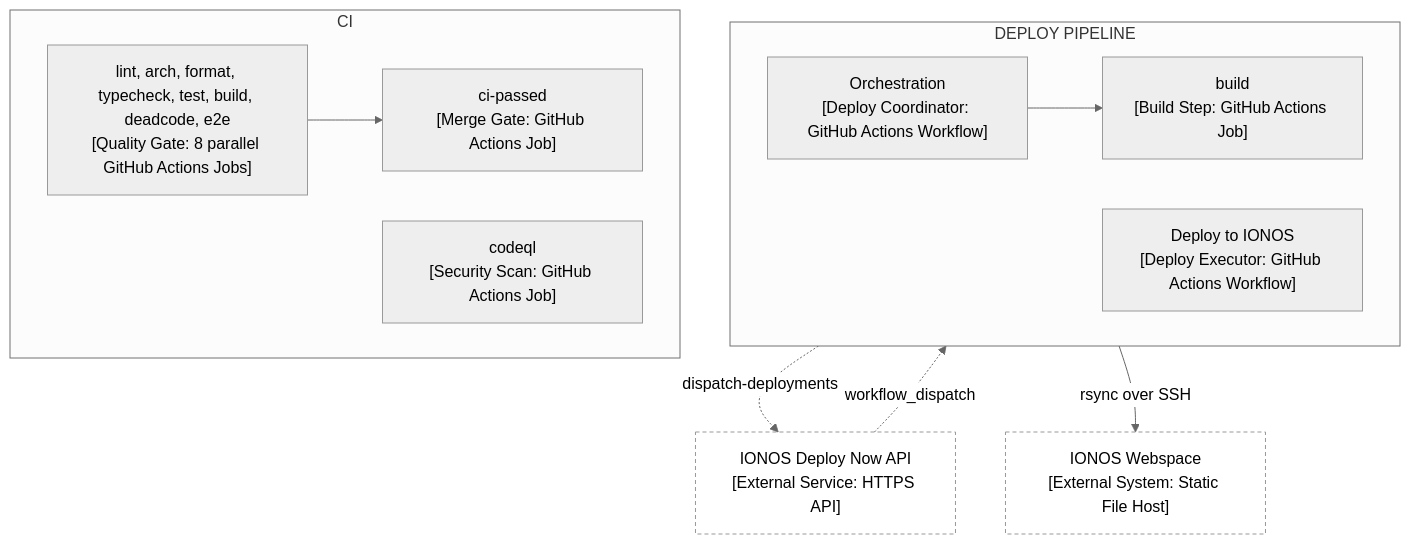
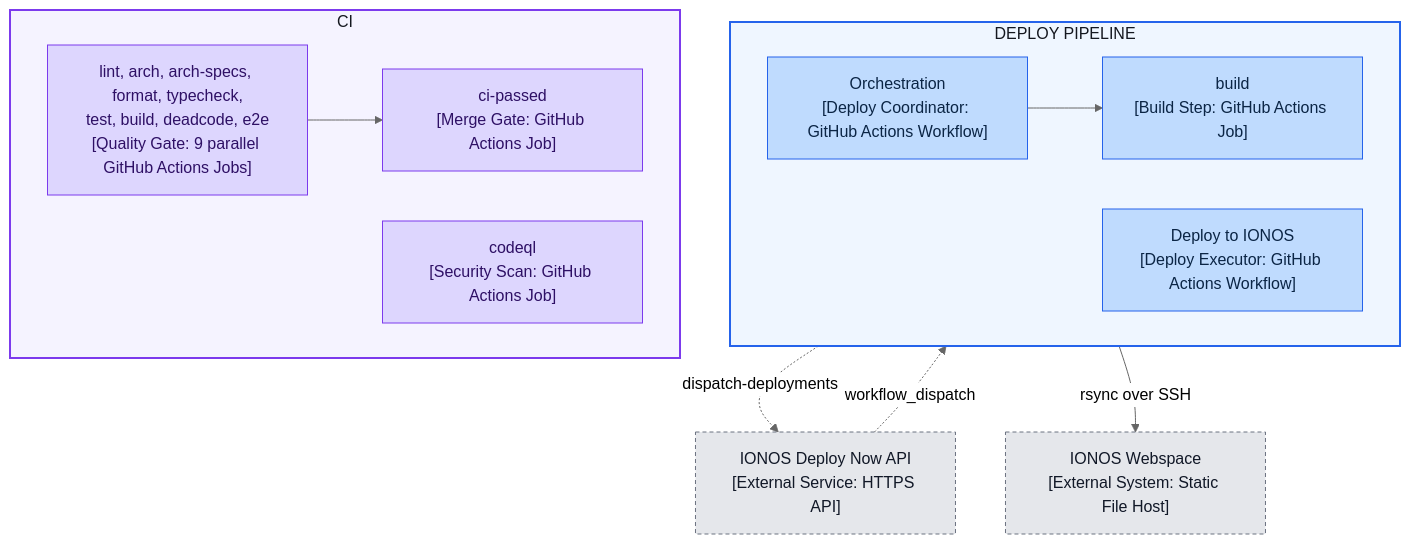
Before and after one commit to cfisch3r/estimate: the first of 3 diagrams in docs/technical/runbook.md, drawn with Mermaid (neutral theme). The commit also changed other lines of this file, not shown here.

````diff
--- a/docs/technical/runbook.md
+++ b/docs/technical/runbook.md
@@ -13,27 +19,33 @@
 ```mermaid
 flowchart TB
   subgraph DEPLOY["DEPLOY PIPELINE"]
     direction LR
     Orch["Orchestration<br/>[Deploy Coordinator: GitHub Actions Workflow]"]
     BuildJob["build<br/>[Build Step: GitHub Actions Job]"]
     DeployWf["Deploy to IONOS<br/>[Deploy Executor: GitHub Actions Workflow]"]
     Orch --> BuildJob
   end
 
   subgraph CIL["CI"]
     direction LR
-    Gates["lint, arch, format, typecheck, test, build, deadcode, e2e<br/>[Quality Gate: 8 parallel GitHub Actions Jobs]"]
+    Gates["lint, arch, arch-specs, format, typecheck,<br/>test, build, deadcode, e2e<br/>[Quality Gate: 9 parallel GitHub Actions Jobs]"]
     Passed["ci-passed<br/>[Merge Gate: GitHub Actions Job]"]
     CodeQL["codeql<br/>[Security Scan: GitHub Actions Job]"]
     Gates --> Passed
   end
 
   IonosAPI["IONOS Deploy Now API<br/>[External Service: HTTPS API]"]:::external
   Webspace["IONOS Webspace<br/>[External System: Static File Host]"]:::external
 
   BuildJob -.->|dispatch-deployments| IonosAPI
   IonosAPI -.->|workflow_dispatch| DeployWf
   DeployWf -->|rsync over SSH| Webspace
 
-  classDef external fill:transparent,stroke-dasharray: 4 3
+  classDef deploy fill:#BFDBFE,stroke:#2563EB,color:#0B2545
+  classDef ci fill:#DDD6FE,stroke:#7C3AED,color:#2E1065
+  classDef external fill:#E5E7EB,stroke:#6B7280,color:#111827,stroke-dasharray: 4 3
+  class Orch,BuildJob,DeployWf deploy
+  class Gates,Passed,CodeQL ci
+  style DEPLOY fill:#EFF6FF,stroke:#2563EB,stroke-width:2px,color:#14171f
+  style CIL fill:#F5F3FF,stroke:#7C3AED,stroke-width:2px,color:#14171f
 ```
````
